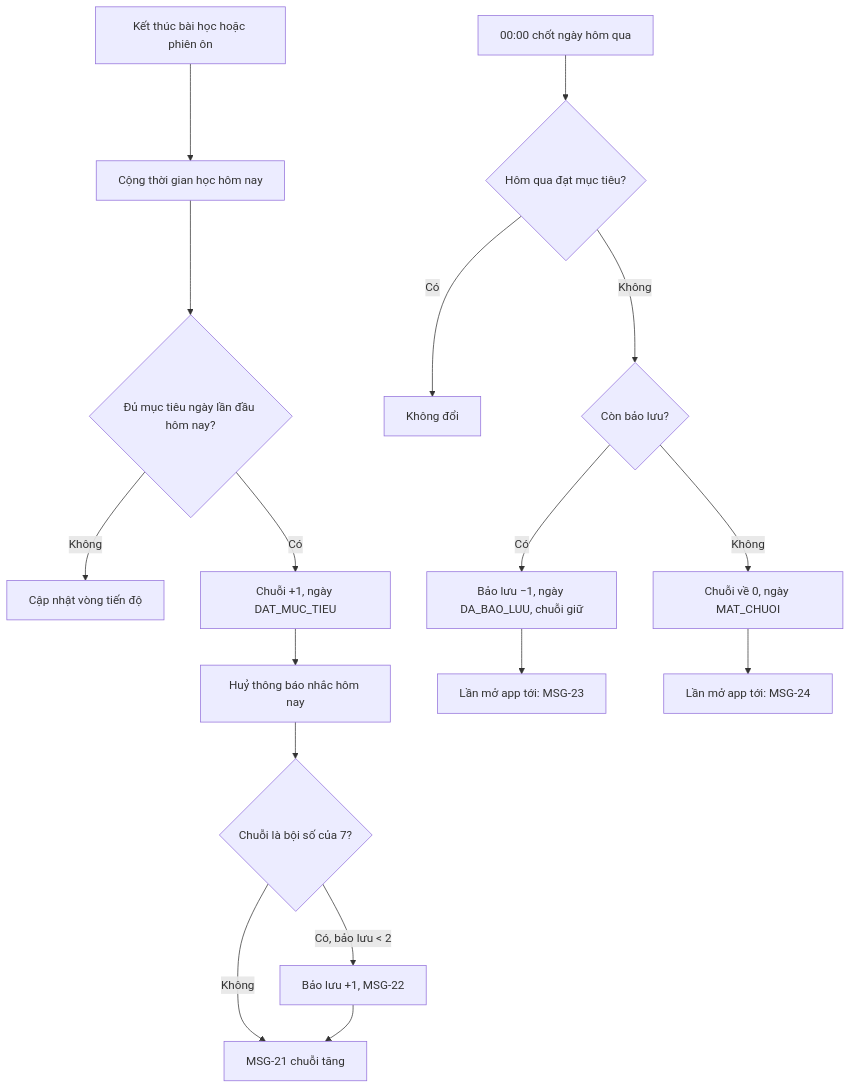
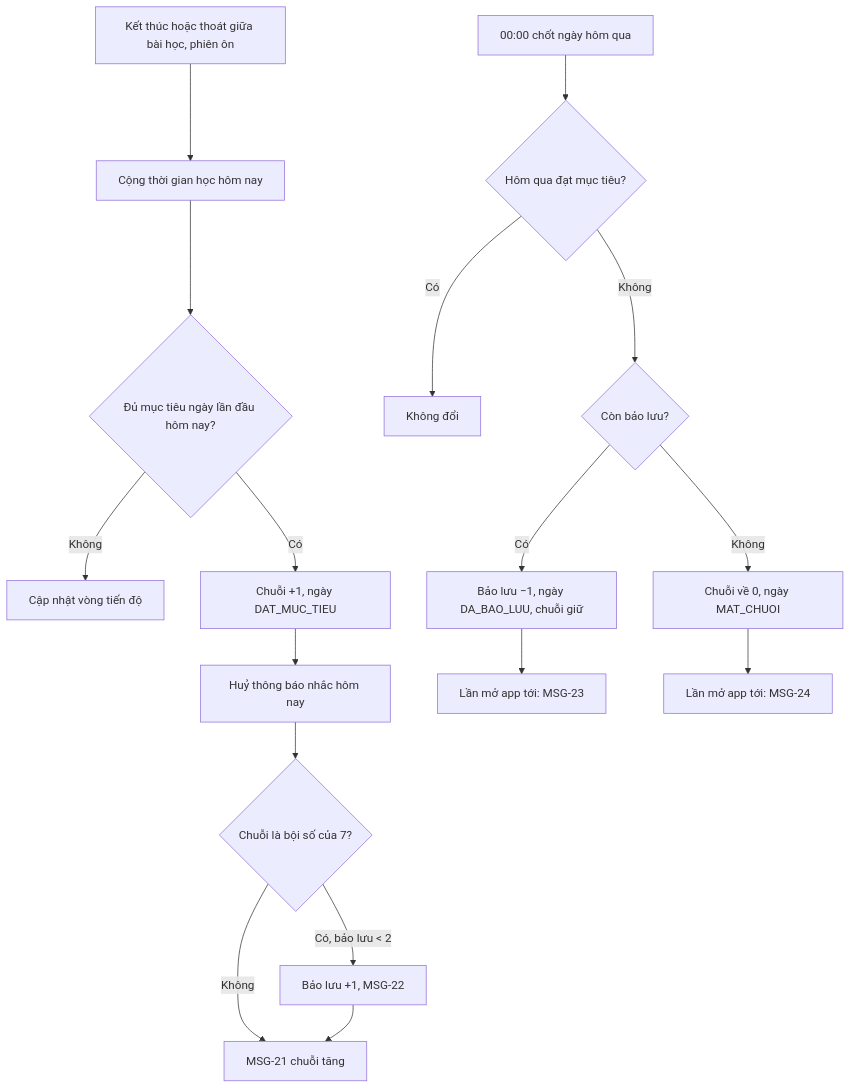
Before and after one commit to uxfoundation-vn/de03-hoc-tieng-anh: the fourth of 6 diagrams in docs/TN03-on-tap-streak/SRS.md, drawn with Mermaid. The commit also changed other lines of this file and 7 other files, not shown here.

````diff
--- a/docs/TN03-on-tap-streak/SRS.md
+++ b/docs/TN03-on-tap-streak/SRS.md
@@ -158,19 +160,19 @@
 ```mermaid
 flowchart TD
-  A["Kết thúc bài học hoặc phiên ôn"] --> B["Cộng thời gian học hôm nay"]
+  A["Kết thúc hoặc thoát giữa bài học, phiên ôn"] --> B["Cộng thời gian học hôm nay"]
   B --> C{"Đủ mục tiêu ngày lần đầu hôm nay?"}
   C -->|Không| D["Cập nhật vòng tiến độ"]
   C -->|Có| E["Chuỗi +1, ngày DAT_MUC_TIEU"]
   E --> F["Huỷ thông báo nhắc hôm nay"]
   F --> G{"Chuỗi là bội số của 7?"}
   G -->|Có, bảo lưu < 2| H["Bảo lưu +1, MSG-22"]
   G -->|Không| I["MSG-21 chuỗi tăng"]
   H --> I
   J["00:00 chốt ngày hôm qua"] --> K{"Hôm qua đạt mục tiêu?"}
   K -->|Có| L["Không đổi"]
   K -->|Không| M{"Còn bảo lưu?"}
   M -->|Có| N["Bảo lưu −1, ngày DA_BAO_LUU, chuỗi giữ"]
   M -->|Không| O["Chuỗi về 0, ngày MAT_CHUOI"]
   N --> P["Lần mở app tới: MSG-23"]
   O --> Q["Lần mở app tới: MSG-24"]
 ```
````
